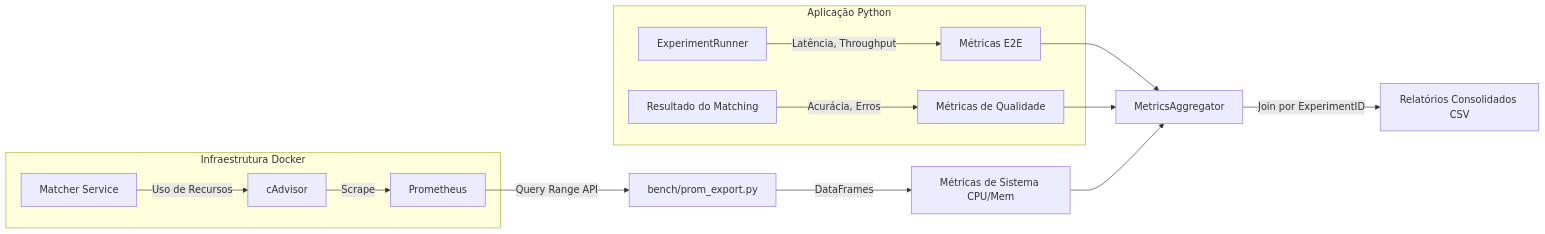
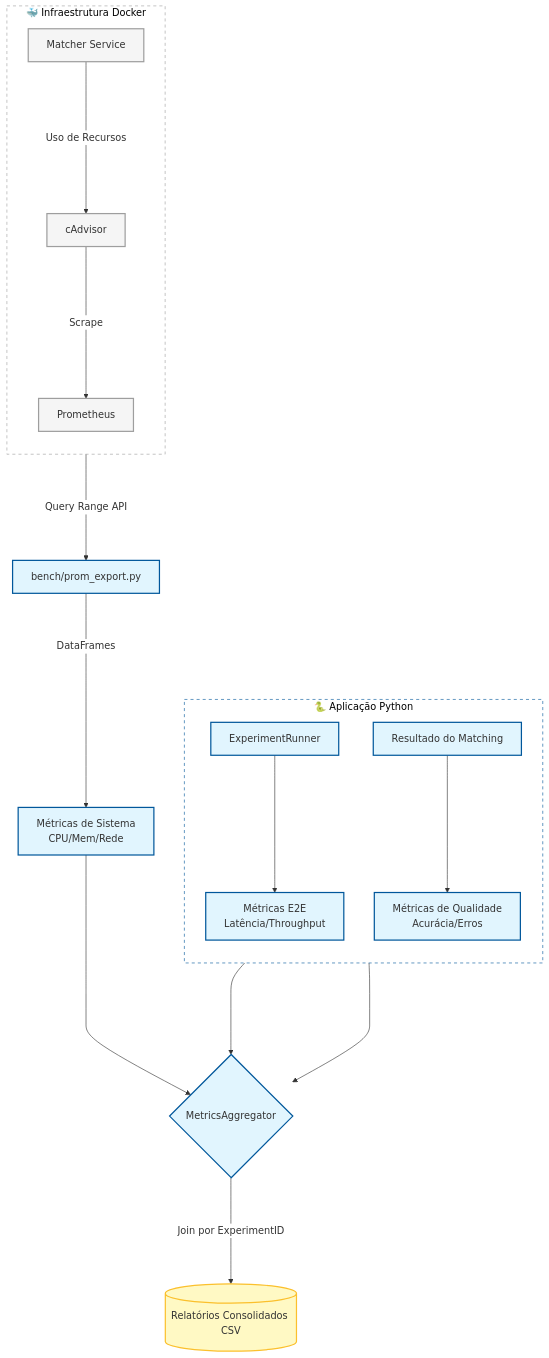
One commit to JoseEdSouza/map-matching changed the third of 6 diagrams in ARQUITETURA.md. Above: the diagram before and after it, drawn with Mermaid. The commit also changed other lines of this file and 2 other files, not shown here.

Commit message:
refactor(gitignore): adiciona regra para ignorar arquivos parciais de métricas refactor(ARQUITETURA.md): atualiza diagramas e legendas para melhor clareza e legibilidade fix(uv.lock): atualiza referência da biblioteca mmlib para o commit mais recente

````diff
--- a/ARQUITETURA.md
+++ b/ARQUITETURA.md
@@ -149,25 +220,52 @@
 ```mermaid
-graph LR
-    subgraph "Aplicação Python"
-        Runner[ExperimentRunner] -->|Latência, Throughput| E2E_Metrics[Métricas E2E]
-        MatcherResult[Resultado do Matching] -->|Acurácia, Erros| Match_Metrics[Métricas de Qualidade]
+%%{init: { 'theme': 'base', 'themeVariables': {
+    'primaryColor': '#ffffff',
+    'primaryBorderColor': '#1168bd',
+    'lineColor': '#333333',
+    'fontFamily': 'arial'
+} } }%%
+
+graph TD
+    %% --- Estilos ---
+    classDef app fill:#e1f5fe,stroke:#01579b,stroke-width:2px;
+    classDef infra fill:#f5f5f5,stroke:#9e9e9e,stroke-width:2px;
+    classDef result fill:#fff9c4,stroke:#fbc02d,stroke-width:2px;
+
+    %% --- Nível 1: Coleta de Dados (Lado a Lado) ---
+    subgraph APP [🐍 Aplicação Python]
+        direction TB
+        Runner[ExperimentRunner]:::app
+        E2E_Metrics[Métricas E2E<br/>Latência/Throughput]:::app
+        MatcherResult[Resultado do Matching]:::app
+        Match_Metrics[Métricas de Qualidade<br/>Acurácia/Erros]:::app
+        
+        Runner ----> E2E_Metrics
+        MatcherResult ----> Match_Metrics
     end
 
-    subgraph "Infraestrutura Docker"
-        Container[Matcher Service]
-        cAdvisor[cAdvisor]
-        Prometheus[Prometheus]
+    subgraph INFRA [🐳 Infraestrutura Docker]
+        direction TB
+        Container[Matcher Service]:::infra
+        CADVISOR[cAdvisor]:::infra
+        PROM[Prometheus]:::infra
         
-        Container -->|Uso de Recursos| cAdvisor
-        cAdvisor -->|Scrape| Prometheus
+        Container -- "Uso de Recursos" ----> CADVISOR
+        CADVISOR -- "Scrape" ----> PROM
     end
 
-    Prometheus -->|Query Range API| PromExport[bench/prom_export.py]
-    PromExport -->|DataFrames| Sys_Metrics[Métricas de Sistema CPU/Mem]
+    %% --- Nível 2: Extração de Métricas de Sistema ---
+    PROM -- "Query Range API" ----> PromExport[bench/prom_export.py]:::app
+    PromExport -- "DataFrames" ----> Sys_Metrics[Métricas de Sistema<br/>CPU/Mem/Rede]:::app
 
-    E2E_Metrics --> Aggregator[MetricsAggregator]
-    Match_Metrics --> Aggregator
-    Sys_Metrics --> Aggregator
+    %% --- Nível 3: Agregação e Join ---
+    E2E_Metrics ----> Aggregator{MetricsAggregator}:::app
+    Match_Metrics ----> Aggregator
+    Sys_Metrics ----> Aggregator
 
-    Aggregator -->|Join por ExperimentID| FinalCSV[Relatórios Consolidados CSV]
+    %% --- Nível 4: Saída ---
+    Aggregator -- "Join por ExperimentID" ----> FinalCSV[(Relatórios Consolidados CSV)]:::result
+
+    %% Ajuste de bordas dos subgráficos
+    style APP fill:none,stroke:#01579b,stroke-dasharray: 5 5
+    style INFRA fill:none,stroke:#9e9e9e,stroke-dasharray: 5 5
 ```
````
